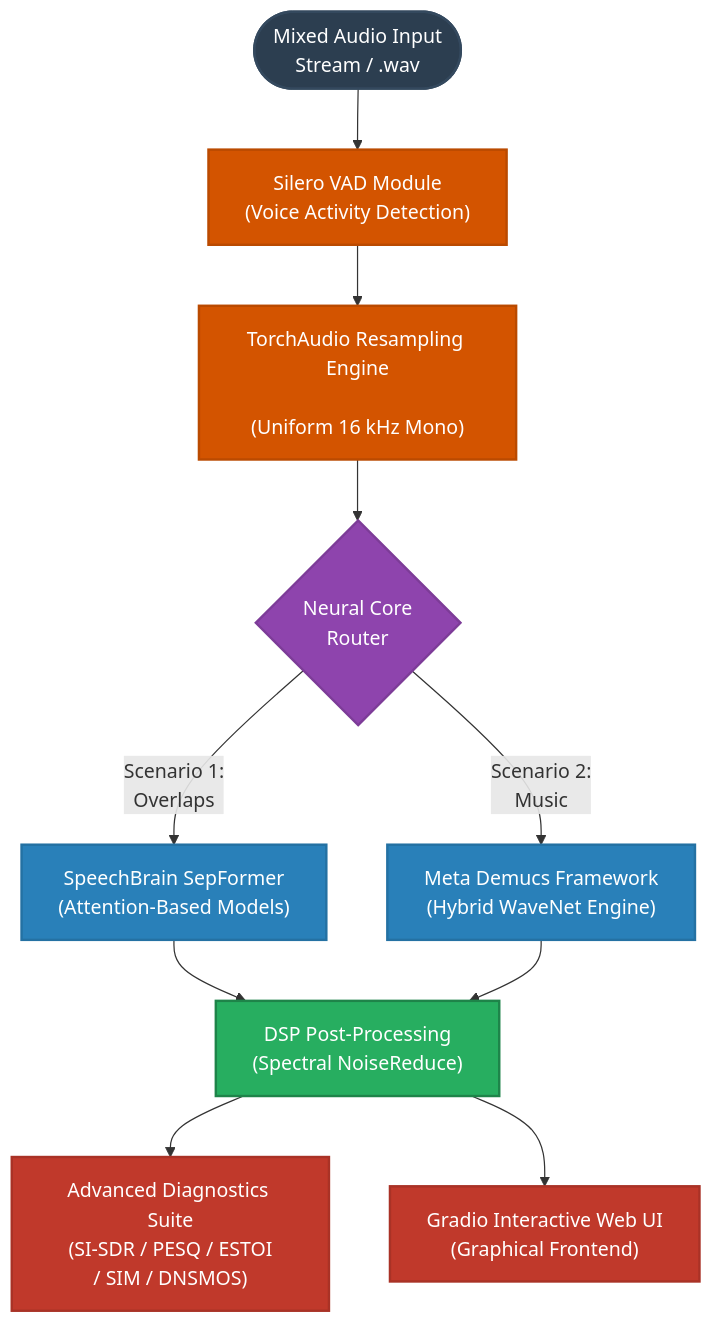
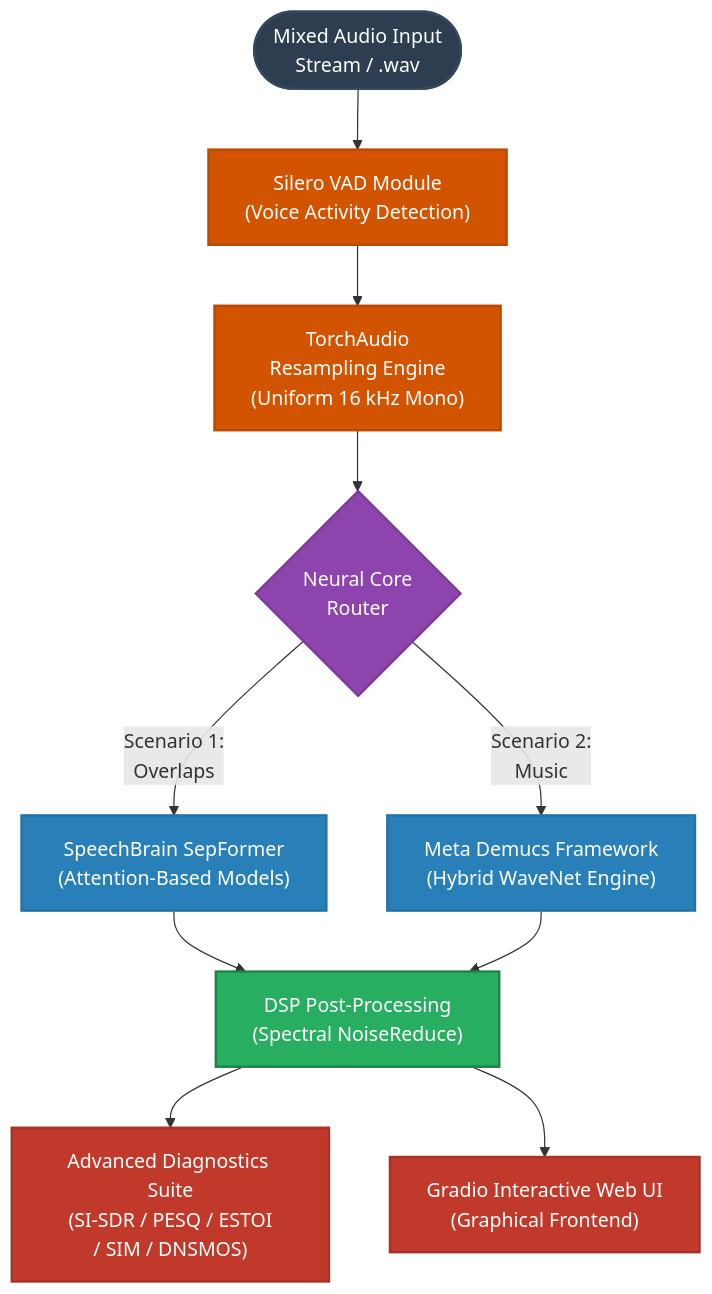
The diagram in README.md (gavmada26/overlapped-speech-separation), drawn with Mermaid before and after one commit.

````diff
--- a/README.md
+++ b/README.md
@@ -26,29 +26,28 @@
 ```mermaid
 graph TD
     %% Define Node Colors and Styles
     classDef inputNode fill:#2c3e50,stroke:#34495e,stroke-width:2px,color:#fff;
     classDef preprocNode fill:#d35400,stroke:#ba4a00,stroke-width:2px,color:#fff;
     classDef routerNode fill:#8e44ad,stroke:#7d3c98,stroke-width:2px,color:#fff;
     classDef modelNode fill:#2980b9,stroke:#2471a3,stroke-width:2px,color:#fff;
     classDef dspNode fill:#27ae60,stroke:#1e8449,stroke-width:2px,color:#fff;
     classDef outputNode fill:#c0392b,stroke:#a93226,stroke-width:2px,color:#fff;
 
     %% Audio Input Layer
     Input(["Mixed Audio Input<br/>Stream / .wav"]):::inputNode --> VADNode["Silero VAD Module<br/>(Voice Activity Detection)"]:::preprocNode
-    VADNode --> ResampleNode["TorchAudio Resampling Engine
-<br/>(Uniform 16 kHz Mono)"]:::preprocNode
+    VADNode --> ResampleNode["TorchAudio <br/>Resampling Engine<br/>(Uniform 16 kHz Mono)"]:::preprocNode
     ResampleNode --> CoreSelector{"Neural Core<br/>Router"}:::routerNode
     
     %% Deep Learning Core Chains
     CoreSelector -- "Scenario 1:<br/>Overlaps" --> SepFormer["SpeechBrain SepFormer<br/>(Attention-Based Models)"]:::modelNode
     CoreSelector -- "Scenario 2:<br/>Music" --> Demucs["Meta Demucs Framework<br/>(Hybrid WaveNet Engine)"]:::modelNode
     
     %% Post-Processing Layer
     SepFormer --> DSPEnhance["DSP Post-Processing<br/>(Spectral NoiseReduce)"]:::dspNode
     Demucs --> DSPEnhance
     
     %% Targets / Analytics
     DSPEnhance --> Metrics["Advanced Diagnostics Suite<br/>(SI-SDR / PESQ / ESTOI
 / SIM / DNSMOS)"]:::outputNode
     DSPEnhance --> Interface["Gradio Interactive Web UI<br/>(Graphical Frontend)"]:::outputNode
 ```
````
